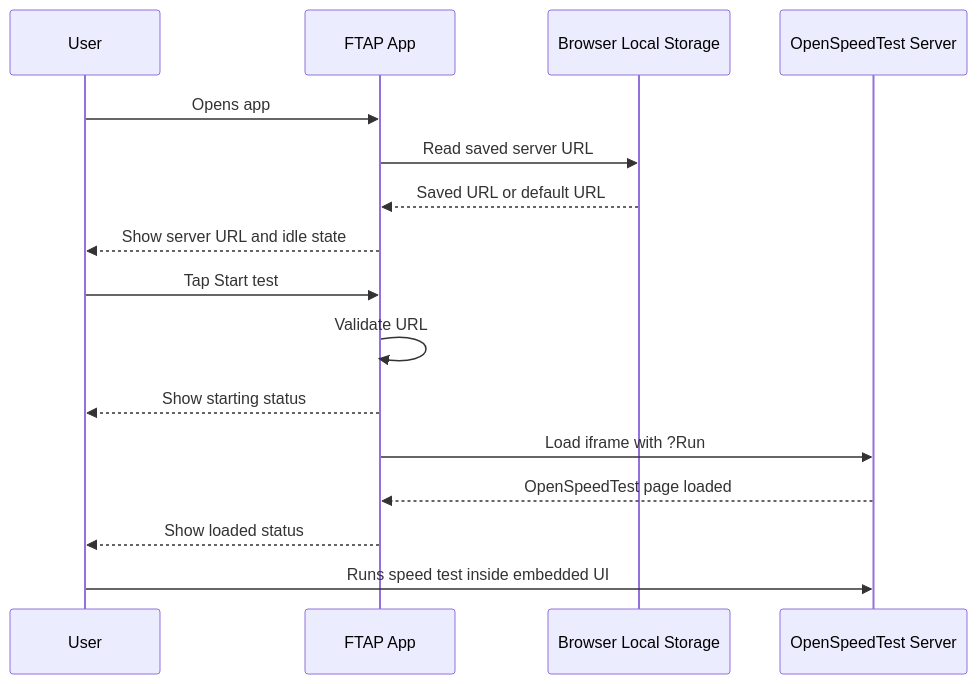
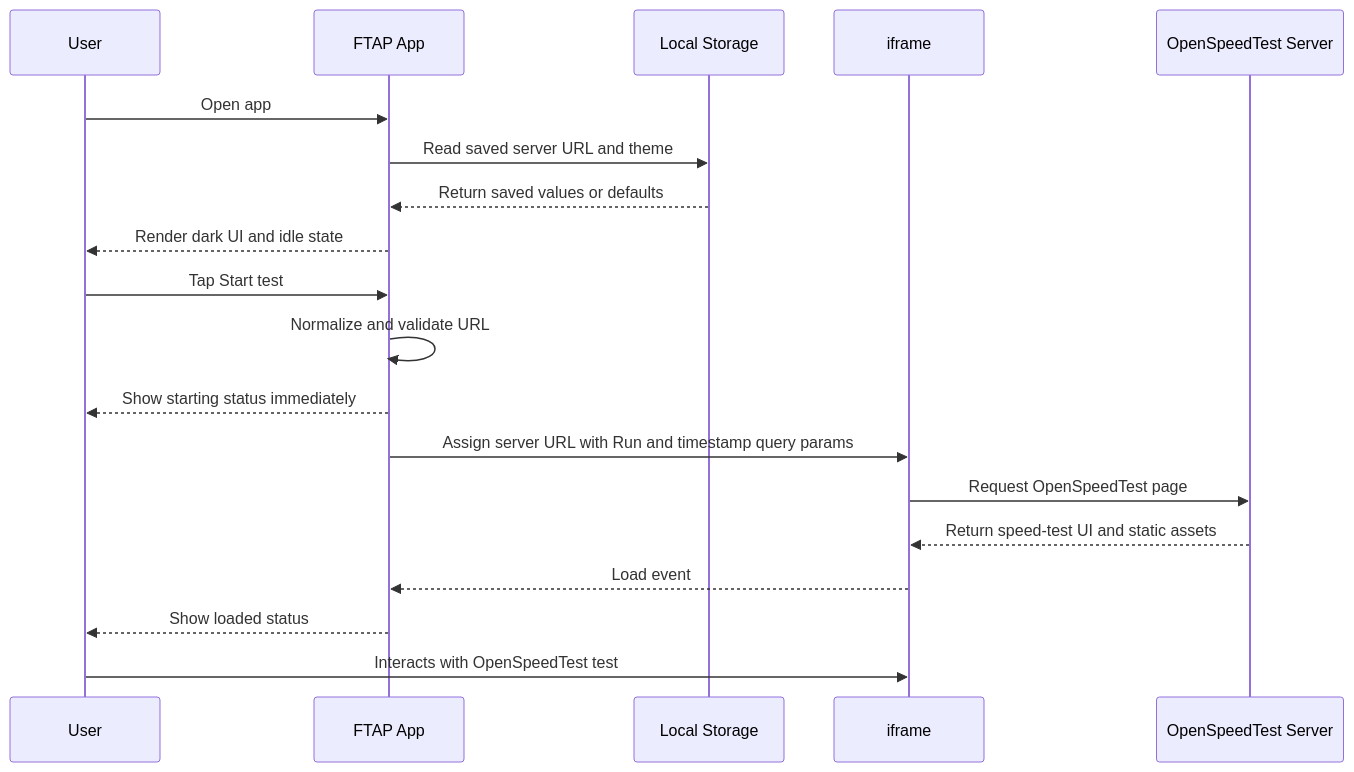
One commit to rgalor-ca/openspeedtest-ftap-poc changed the third of 10 diagrams in docs/DOCUMENTATION.md. Above: the diagram before and after it, drawn with Mermaid. The commit also changed other lines of this file and 5 other files, not shown here.

````diff
--- a/docs/DOCUMENTATION.md
+++ b/docs/DOCUMENTATION.md
@@ -143,19 +111,22 @@
 ```mermaid
 sequenceDiagram
-  participant User
-  participant App as FTAP App
-  participant Storage as Browser Local Storage
-  participant Server as OpenSpeedTest Server
+  participant U as User
+  participant A as FTAP App
+  participant Store as Local Storage
+  participant Frame as iframe
+  participant S as OpenSpeedTest Server
 
-  User->>App: Opens app
-  App->>Storage: Read saved server URL
-  Storage-->>App: Saved URL or default URL
-  App-->>User: Show server URL and idle state
-  User->>App: Tap Start test
-  App->>App: Validate URL
-  App-->>User: Show starting status
-  App->>Server: Load iframe with ?Run
-  Server-->>App: OpenSpeedTest page loaded
-  App-->>User: Show loaded status
-  User->>Server: Runs speed test inside embedded UI
+  U->>A: Open app
+  A->>Store: Read saved server URL and theme
+  Store-->>A: Return saved values or defaults
+  A-->>U: Render dark UI and idle state
+  U->>A: Tap Start test
+  A->>A: Normalize and validate URL
+  A-->>U: Show starting status immediately
+  A->>Frame: Assign server URL with Run and timestamp query params
+  Frame->>S: Request OpenSpeedTest page
+  S-->>Frame: Return speed-test UI and static assets
+  Frame-->>A: Load event
+  A-->>U: Show loaded status
+  U->>Frame: Interacts with OpenSpeedTest test
 ```
````
